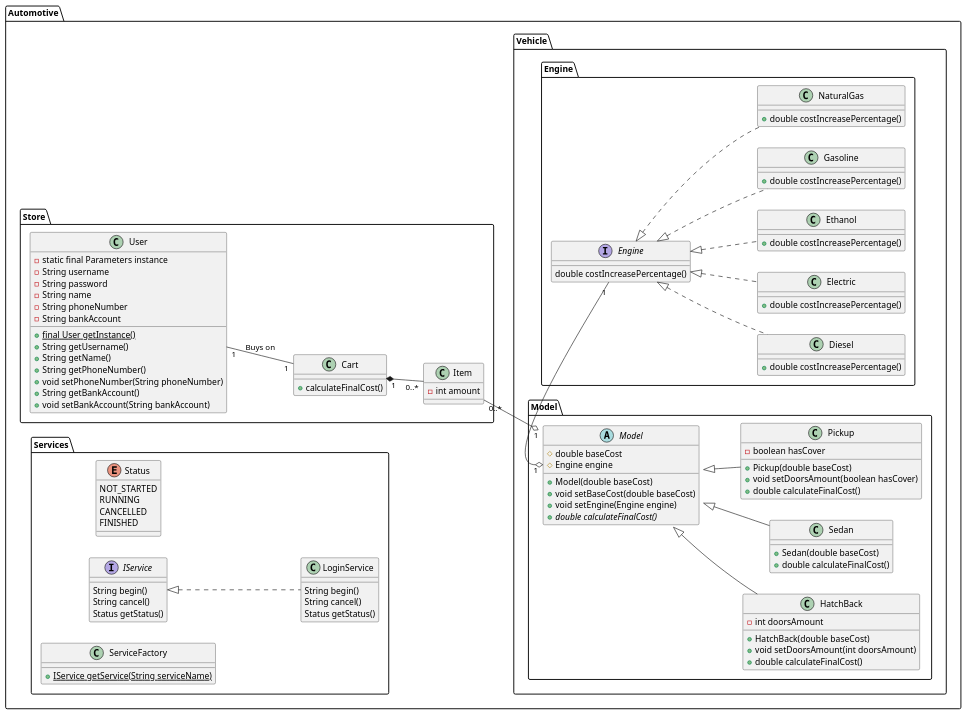
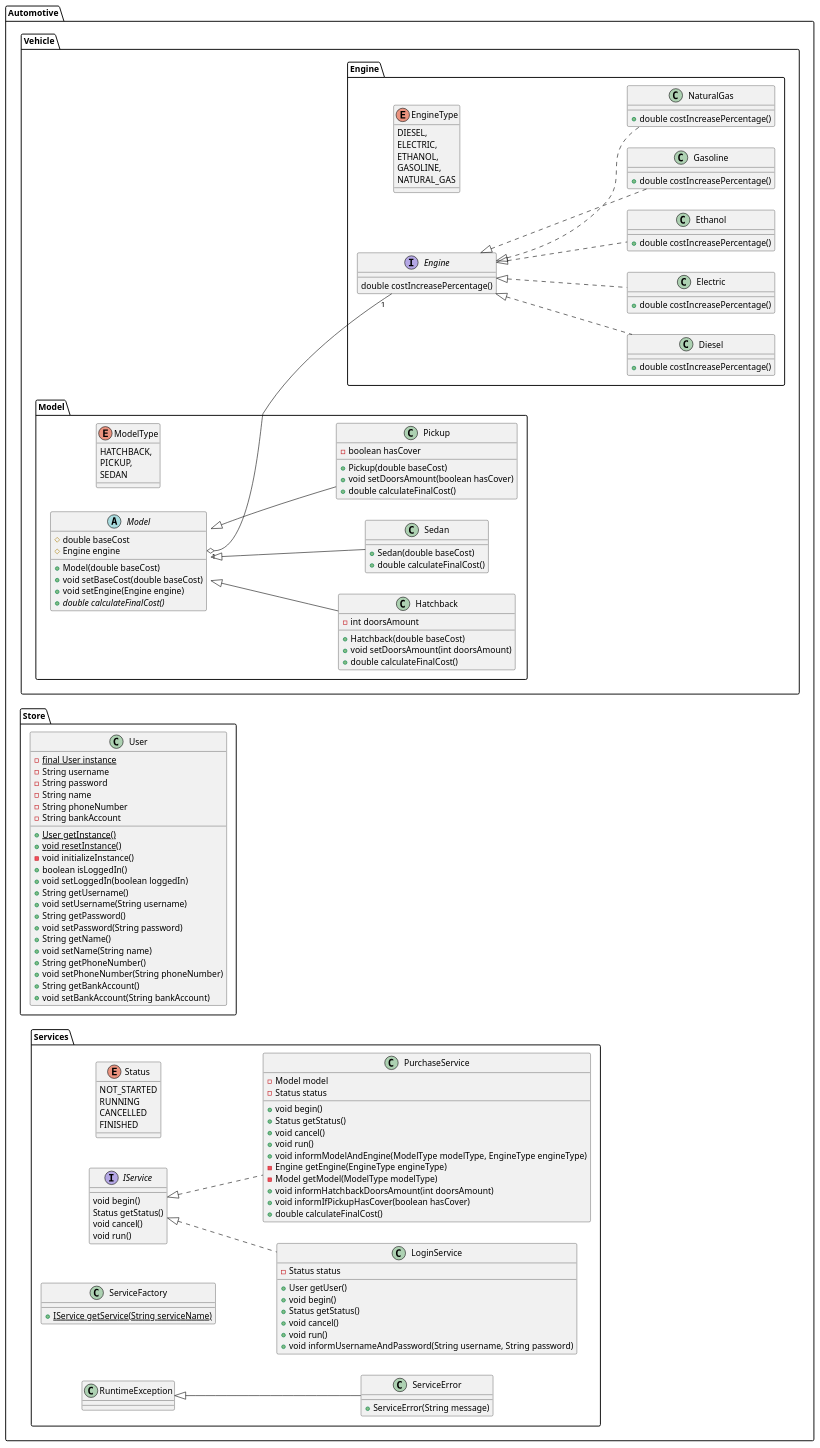
The diagram in src/main/java/assignments/automotive/ClassDiagram.puml (gabdumal/dcc078_assignment1), drawn with PlantUML before and after one commit. The commit also changed 1 other file, not shown here.

Commit message:
Assignment 1: update Class Diagram

```diff
--- a/src/main/java/assignments/automotive/ClassDiagram.puml
+++ b/src/main/java/assignments/automotive/ClassDiagram.puml
@@ -1,134 +1,170 @@
 @startuml
 'https://plantuml.com/class-diagram
 
 left to right direction
 
 package automotive_package as "Automotive" {
 
     package vehicle_package as "Vehicle" {
 
         package engine_package as "Engine" {
+
+            enum EngineType{
+                DIESEL,
+                ELECTRIC,
+                ETHANOL,
+                GASOLINE,
+                NATURAL_GAS
+            }
 
             interface Engine {
                 double costIncreasePercentage()
             }
 
             class Diesel implements Engine {
                 + double costIncreasePercentage()
             }
 
             class Electric implements Engine {
                 + double costIncreasePercentage()
             }
 
             class Ethanol implements Engine {
                 + double costIncreasePercentage()
             }
 
             class Gasoline implements Engine {
                 + double costIncreasePercentage()
             }
 
             class NaturalGas implements Engine {
                 + double costIncreasePercentage()
             }
 
         }
 
         package model_package as "Model" {
 
+            enum ModelType{
+                HATCHBACK,
+                PICKUP,
+                SEDAN
+            }
+
             abstract class Model {
                 # double baseCost
                 # Engine engine
                 + Model(double baseCost)
                 + void setBaseCost(double baseCost)
                 + void setEngine(Engine engine)
                 + {abstract} double calculateFinalCost()
             }
-            Model::engine "1" o- "1" Engine
+            Model::engine "1" o-- "1" Engine
 
-            class HatchBack extends Model {
+            class Hatchback extends Model {
                 - int doorsAmount
-                + HatchBack(double baseCost)
+                + Hatchback(double baseCost)
                 + void setDoorsAmount(int doorsAmount)
                 + double calculateFinalCost()
             }
 
             class Sedan extends Model {
                 + Sedan(double baseCost)
                 + double calculateFinalCost()
             }
 
             class Pickup extends Model {
                 - boolean hasCover
                 + Pickup(double baseCost)
                 + void setDoorsAmount(boolean hasCover)
                 + double calculateFinalCost()
             }
 
         }
 
     }
 
     package store_package as "Store" {
 
-        class Item {
-            - int amount
-        }
-        Item "0..*" --o "1" Model
-
-        class Cart {
-            + calculateFinalCost()
-        }
-        Cart "1" *-- "0..*" Item
-
         class User {
-            - static final Parameters instance
+            - {static} final User instance
             - String username
             - String password
             - String name
             - String phoneNumber
             - String bankAccount
 
-            + {static} final User getInstance()
+            + {static} User getInstance()
+            + {static} void resetInstance()
+            - void initializeInstance()
+            + boolean isLoggedIn()
+            + void setLoggedIn(boolean loggedIn)
             + String getUsername()
+            + void setUsername(String username)
+            + String getPassword()
+            + void setPassword(String password)
             + String getName()
+            + void setName(String name)
             + String getPhoneNumber()
             + void setPhoneNumber(String phoneNumber)
             + String getBankAccount()
             + void setBankAccount(String bankAccount)
         }
-        User "1" -- "1" Cart : "Buys on"
 
     }
 
     package services_package as "Services" {
 
         enum Status {
             NOT_STARTED
             RUNNING
             CANCELLED
             FINISHED
         }
 
         interface IService {
-            String begin()
-            String cancel()
+            void begin()
             Status getStatus()
+            void cancel()
+            void run()
         }
 
         class ServiceFactory {
             + {static} IService getService(String serviceName)
         }
 
         class LoginService implements IService {
-            String begin()
-            String cancel()
-            Status getStatus()
+            - Status status
+
+            + User getUser()
+            + void begin()
+            + Status getStatus()
+            + void cancel()
+            + void run()
+            + void informUsernameAndPassword(String username, String password)
         }
 
+        class PurchaseService implements IService {
+            - Model model
+            - Status status
+
+            + void begin()
+            + Status getStatus()
+            + void cancel()
+            + void run()
+            + void informModelAndEngine(ModelType modelType, EngineType engineType)
+            - Engine getEngine(EngineType engineType)
+            - Model getModel(ModelType modelType)
+            + void informHatchbackDoorsAmount(int doorsAmount)
+            + void informIfPickupHasCover(boolean hasCover)
+            + double calculateFinalCost()
+        }
+
+        class ServiceError extends RuntimeException{
+            + ServiceError(String message)
+        }
     }
 
 }
 
 @enduml
```
